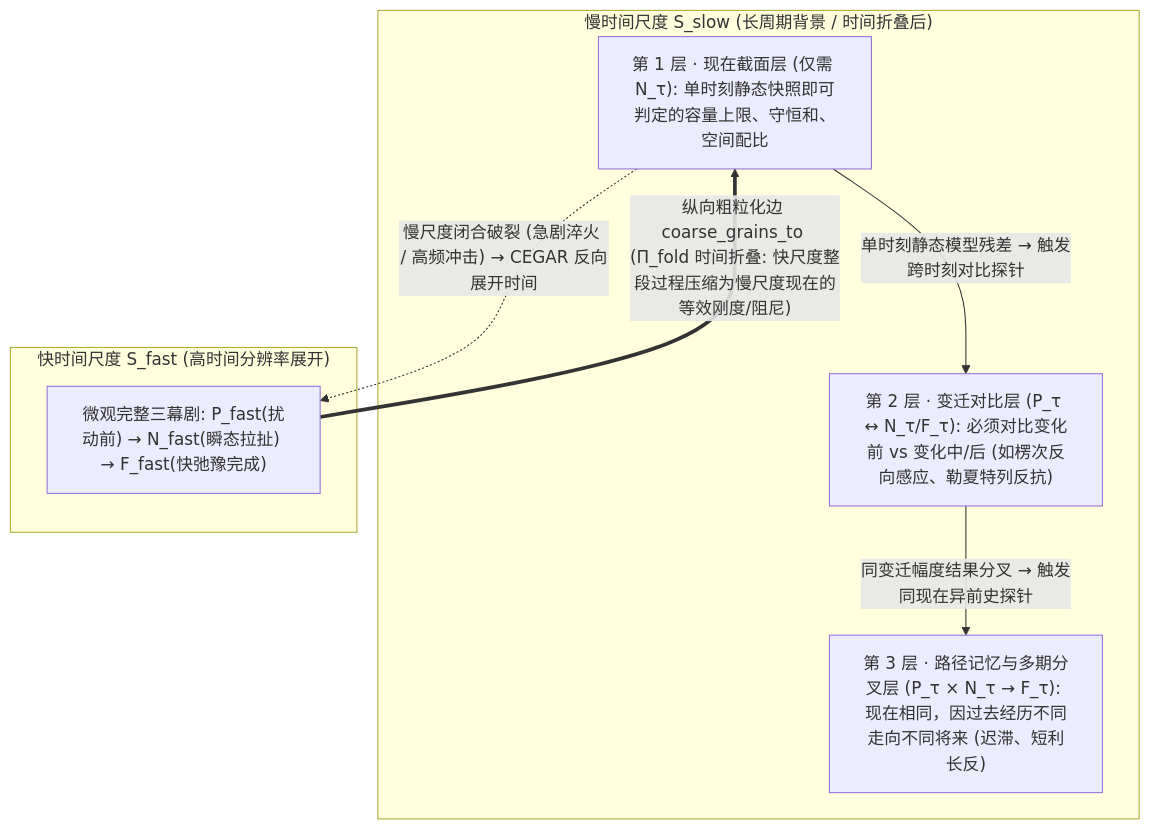
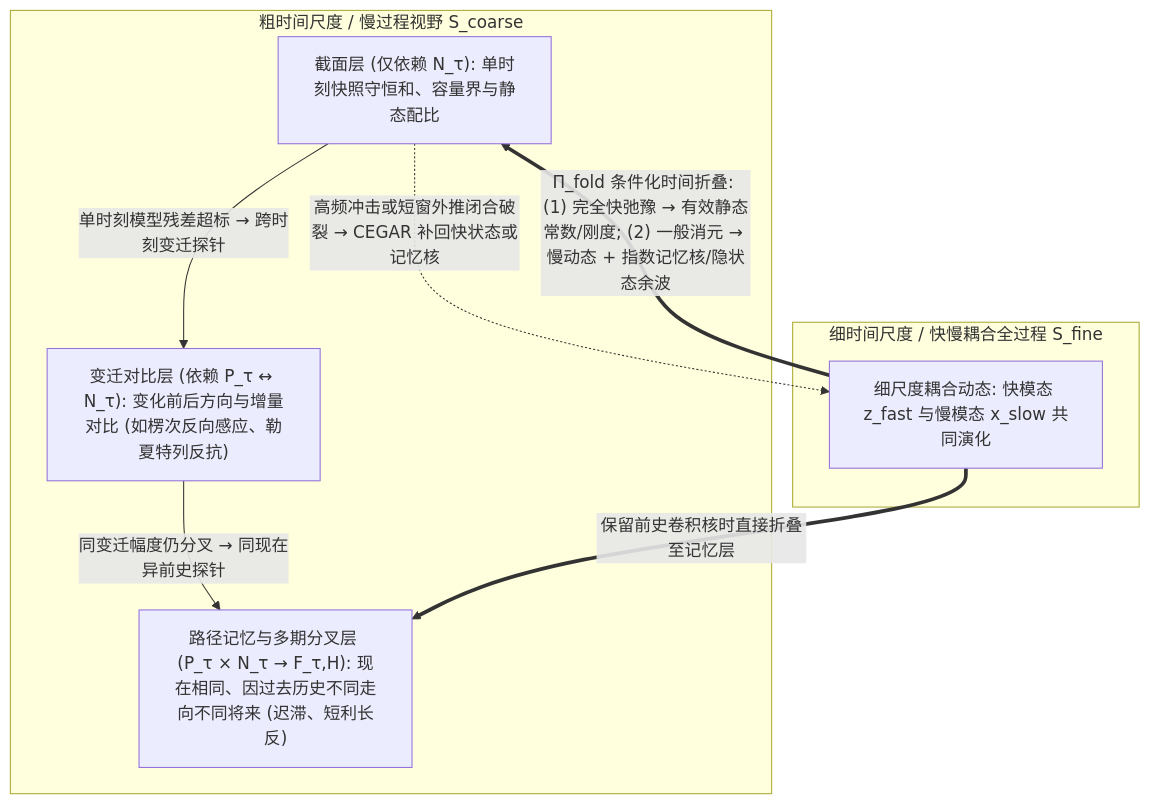
Before and after one commit to erzhu419/Assumption-Agent: the first of 2 diagrams in Hegel Machine/markdown/hegel_v16_5_multi_precision_plan/20_Hegel_M5_Final_Master_Plan_Temporal_MultiScale_and_Shared_Base_Subtree.md, drawn with Mermaid. The commit also changed other lines of this file and 26 other files, not shown here.

````diff
--- a/Hegel Machine/markdown/hegel_v16_5_multi_precision_plan/20_Hegel_M5_Final_Master_Plan_Temporal_MultiScale_and_Shared_Base_Subtree.md
+++ b/Hegel Machine/markdown/hegel_v16_5_multi_precision_plan/20_Hegel_M5_Final_Master_Plan_Temporal_MultiScale_and_Shared_Base_Subtree.md
@@ -37,17 +38,18 @@
 ```mermaid
 flowchart TD
-    subgraph Scale_Slow["慢时间尺度 S_slow (长周期背景 / 时间折叠后)"]
-        N_sec["第 1 层 · 现在截面层 (仅需 N_τ): 单时刻静态快照即可判定的容量上限、守恒和、空间配比"]
-        N_trans["第 2 层 · 变迁对比层 (P_τ ↔ N_τ/F_τ): 必须对比变化前 vs 变化中/后 (如楞次反向感应、勒夏特列反抗)"]
-        N_mem["第 3 层 · 路径记忆与多期分叉层 (P_τ × N_τ → F_τ): 现在相同，因过去经历不同走向不同将来 (迟滞、短利长反)"]
-        N_sec -->|"单时刻静态模型残差 → 触发跨时刻对比探针"| N_trans
-        N_trans -->|"同变迁幅度结果分叉 → 触发同现在异前史探针"| N_mem
+    subgraph Scale_Coarse["粗时间尺度 / 慢过程视野 S_coarse"]
+        N_sec["截面层 (仅依赖 N_τ): 单时刻快照守恒和、容量界与静态配比"]
+        N_trans["变迁对比层 (依赖 P_τ ↔ N_τ): 变化前后方向与增量对比 (如楞次反向感应、勒夏特列反抗)"]
+        N_mem["路径记忆与多期分叉层 (P_τ × N_τ → F_τ,H): 现在相同、因过去历史不同走向不同将来 (迟滞、短利长反)"]
+        N_sec -->|"单时刻模型残差超标 → 跨时刻变迁探针"| N_trans
+        N_trans -->|"同变迁幅度仍分叉 → 同现在异前史探针"| N_mem
     end
 
-    subgraph Scale_Fast["快时间尺度 S_fast (高时间分辨率展开)"]
-        F_drama["微观完整三幕剧: P_fast(扰动前) → N_fast(瞬态拉扯) → F_fast(快弛豫完成)"]
+    subgraph Scale_Fine["细时间尺度 / 快慢耦合全过程 S_fine"]
+        F_full["细尺度耦合动态: 快模态 z_fast 与慢模态 x_slow 共同演化"]
     end
 
-    F_drama == "纵向粗粒化边 coarse_grains_to (Π_fold 时间折叠: 快尺度整段过程压缩为慢尺度现在的等效刚度/阻尼)" ==> N_sec
-    N_sec -. "慢尺度闭合破裂 (急剧淬火 / 高频冲击) → CEGAR 反向展开时间" .-> F_drama
+    F_full == "Π_fold 条件化时间折叠: (1) 完全快弛豫 → 有效静态常数/刚度; (2) 一般消元 → 慢动态 + 指数记忆核/隐状态余波" ==> N_sec
+    F_full == "保留前史卷积核时直接折叠至记忆层" ==> N_mem
+    N_sec -. "高频冲击或短窗外推闭合破裂 → CEGAR 补回快状态或记忆核" .-> F_full
 ```
````
